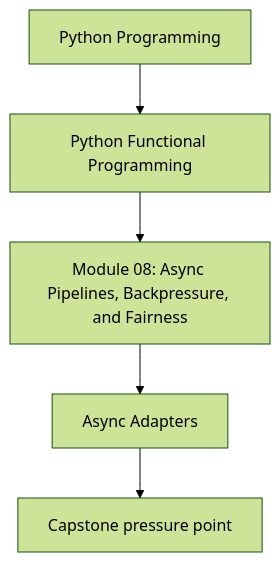
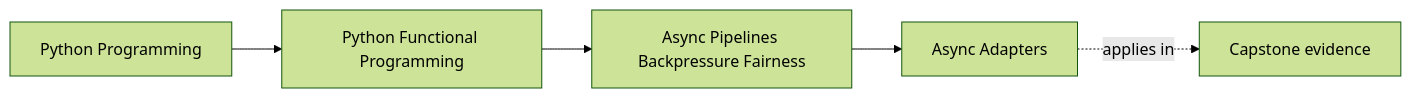
The first of 2 diagrams in programs/python-programming/python-functional-programming/course-book/module-08-async-pipelines-backpressure-fairness/async-adapters.md (bijux/bijux-masterclass), drawn with Mermaid (forest theme) before and after one commit. The commit also changed other lines of this file and 108 other files, not shown here.

Commit message:
docs(python-functional-programming): map capstone and advanced design surfaces

````diff
--- a/programs/python-programming/python-functional-programming/course-book/module-08-async-pipelines-backpressure-fairness/async-adapters.md
+++ b/programs/python-programming/python-functional-programming/course-book/module-08-async-pipelines-backpressure-fairness/async-adapters.md
@@ -7,7 +7,11 @@
 ```mermaid
-flowchart TD
-  family["Python Programming"] --> program["Python Functional Programming"]
-  program --> module["Module 08: Async Pipelines, Backpressure, and Fairness"]
-  module --> concept["Async Adapters"]
-  concept --> capstone["Capstone pressure point"]
+graph LR
+  family["Python Programming"]
+  program["Python Functional Programming"]
+  section["Async Pipelines Backpressure Fairness"]
+  page["Async Adapters"]
+  capstone["Capstone evidence"]
+
+  family --> program --> section --> page
+  page -.applies in.-> capstone
 ```
````
